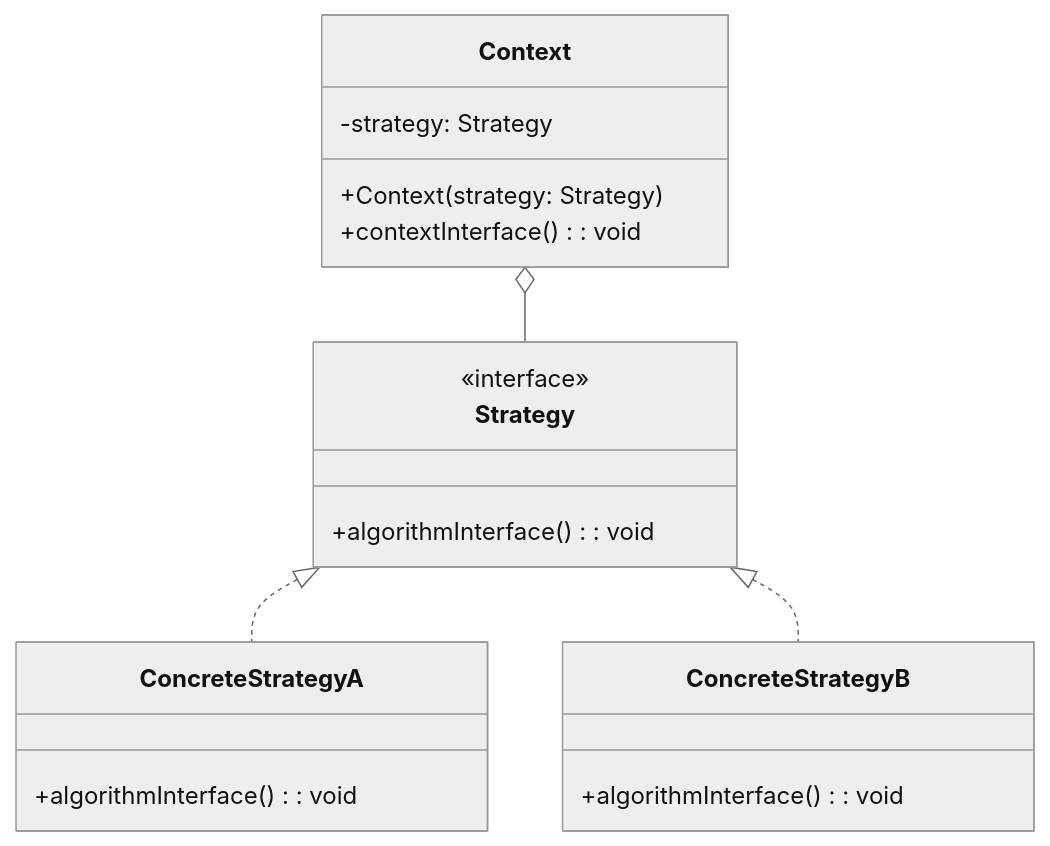
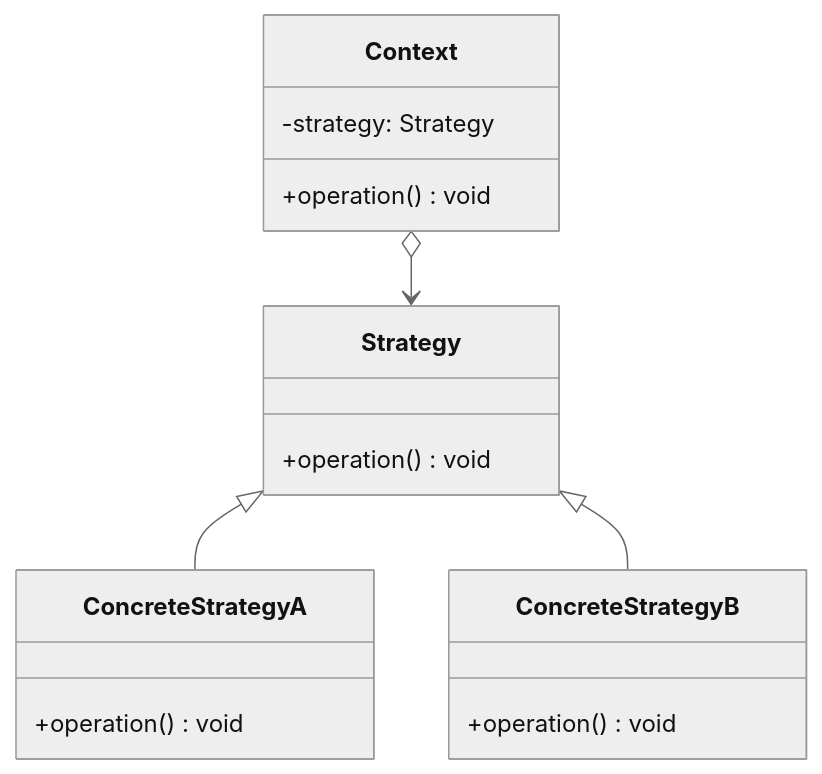
Before and after one commit to InfiniteAstral/notes: the ninth of 11 diagrams in 计算机科学/面向对象设计与Java编程/9 设计模式/9-1 设计模式概述.md, drawn with Mermaid (neutral theme). The commit also changed other lines of this file, not shown here.

Commit message:
feat: update mermaid class diagram 计算机科学/面向对象设计与Java编程/9 设计模式/9-1 设计模式概述.md

````diff
--- a/计算机科学/面向对象设计与Java编程/9 设计模式/9-1 设计模式概述.md
+++ b/计算机科学/面向对象设计与Java编程/9 设计模式/9-1 设计模式概述.md
@@ -320,22 +407,20 @@
 ```mermaid
 classDiagram
-    class Context {
-        -strategy: Strategy
-        +Context(strategy: Strategy)
-        +contextInterface(): void
-    }
-    class Strategy {
-        <<interface>>
-        +algorithmInterface(): void
-    }
-    class ConcreteStrategyA {
-        +algorithmInterface(): void
-    }
-    class ConcreteStrategyB {
-        +algorithmInterface(): void
-    }
+  class Context {
+    -strategy: Strategy
+    +operation() void
+  }
+  class Strategy {
+    +operation() void
+  }
+  class ConcreteStrategyA {
+    +operation() void
+  }
+  class ConcreteStrategyB {
+    +operation() void
+  }
 
-    Strategy <|.. ConcreteStrategyA
-    Strategy <|.. ConcreteStrategyB
-    Context o-- Strategy
+  Strategy <|-- ConcreteStrategyA
+  Strategy <|-- ConcreteStrategyB
+  Context o--> Strategy
 ```
````
